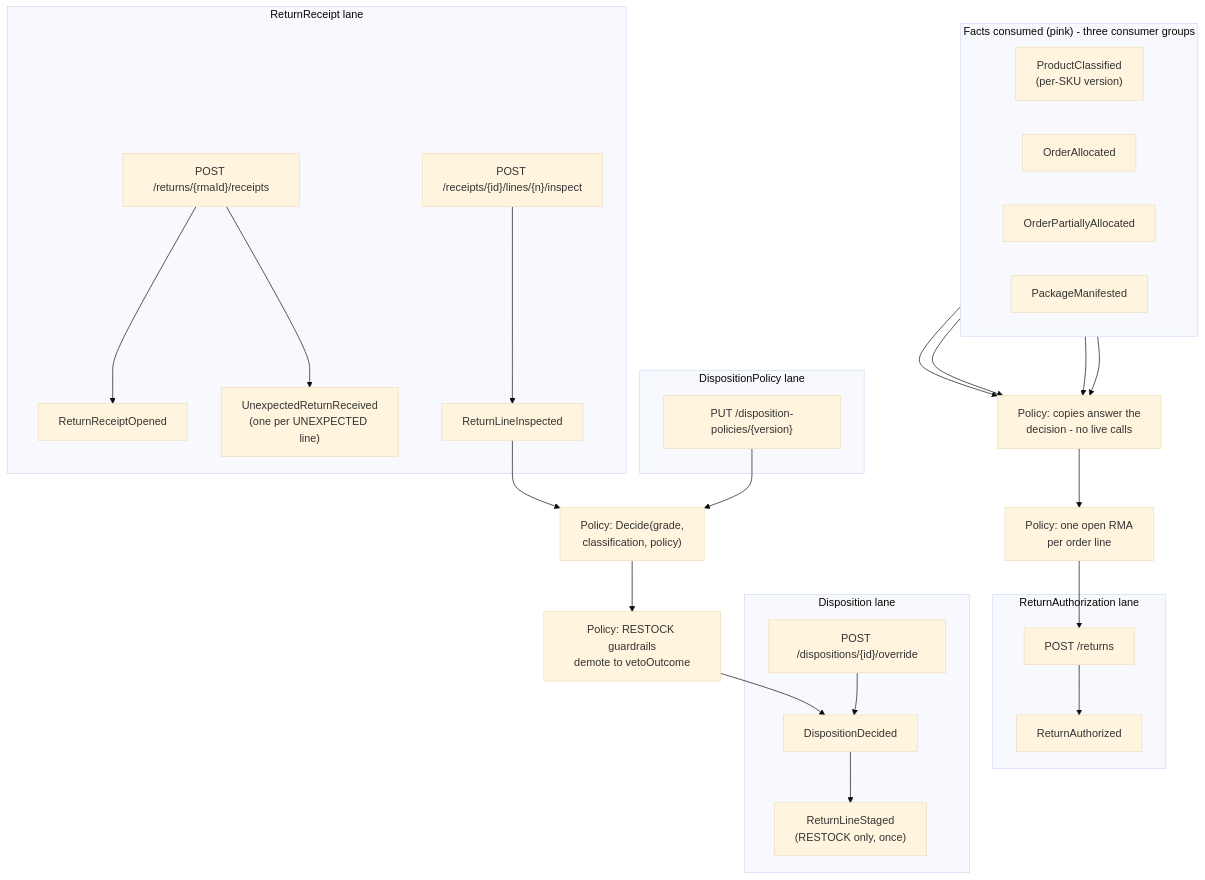
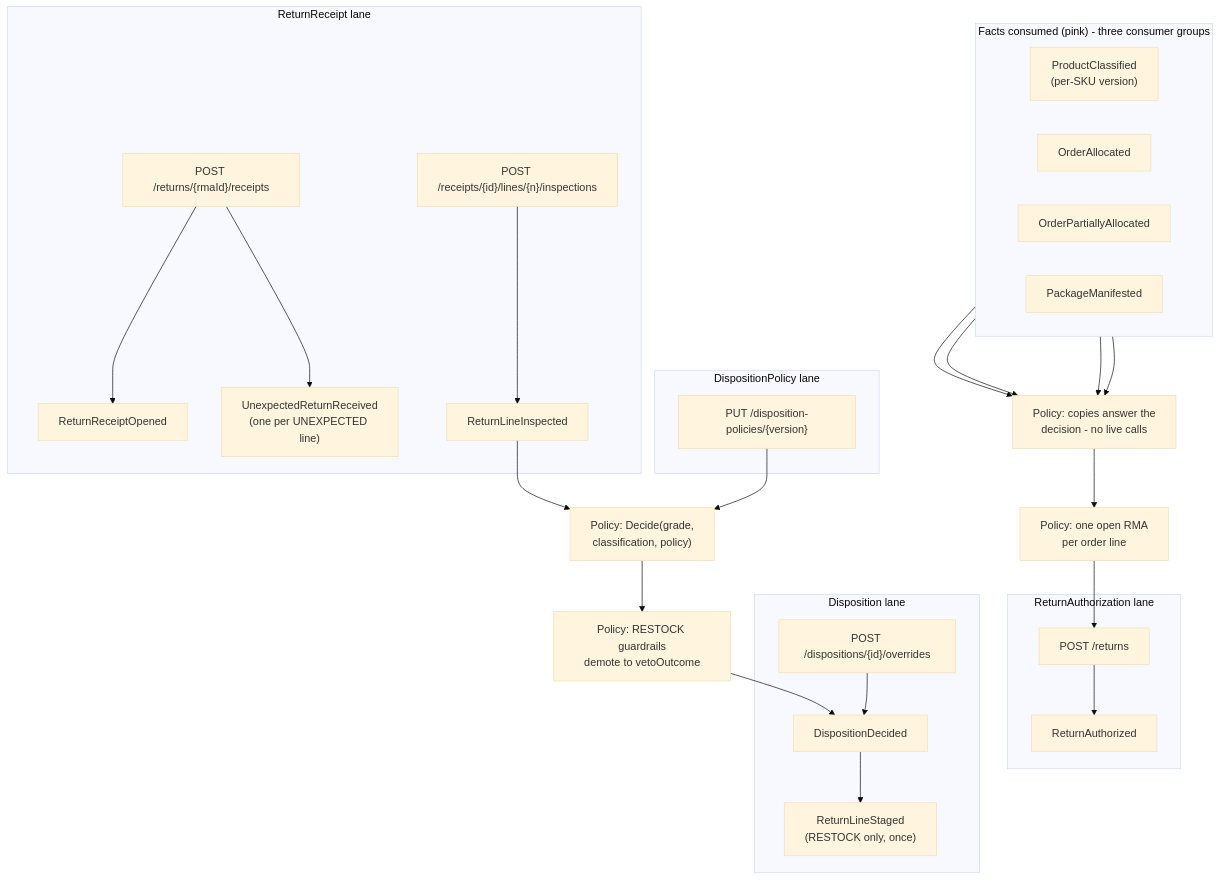
The diagram in docs/contexts/returns-processing/eventstorming.md (IQVO/warehouse-docs), drawn with Mermaid (base theme) before and after one commit. The commit also changed other lines of this file and 272 other files, not shown here.

````diff
--- a/docs/contexts/returns-processing/eventstorming.md
+++ b/docs/contexts/returns-processing/eventstorming.md
@@ -20,55 +20,55 @@
 ```mermaid
 flowchart TB
     subgraph SOURCES["Facts consumed (pink) - three consumer groups"]
         direction LR
         F1["ProductClassified<br/>(per-SKU version)"]
         F2["OrderAllocated"]
         F3["OrderPartiallyAllocated"]
         F4["PackageManifested"]
     end
 
     P1["Policy: copies answer the<br/>decision - no live calls"]
     P2["Policy: Decide(grade,<br/>classification, policy)"]
     P3["Policy: RESTOCK guardrails<br/>demote to vetoOutcome"]
     P4["Policy: one open RMA<br/>per order line"]
 
     subgraph RMALANE["ReturnAuthorization lane"]
         C1["POST /returns"]
         E1["ReturnAuthorized"]
     end
 
     subgraph RCPTLANE["ReturnReceipt lane"]
         C2["POST /returns/{rmaId}/receipts"]
         E2["ReturnReceiptOpened"]
         E3["UnexpectedReturnReceived<br/>(one per UNEXPECTED line)"]
-        C3["POST /receipts/{id}/lines/{n}/inspect"]
+        C3["POST /receipts/{id}/lines/{n}/inspections"]
         E4["ReturnLineInspected"]
     end
 
     subgraph DISPLANE["Disposition lane"]
         E5["DispositionDecided"]
         E6["ReturnLineStaged<br/>(RESTOCK only, once)"]
-        C4["POST /dispositions/{id}/override"]
+        C4["POST /dispositions/{id}/overrides"]
     end
 
     subgraph POLLANE["DispositionPolicy lane"]
         C5["PUT /disposition-policies/{version}"]
     end
 
     F1 --> P1
     F2 --> P1
     F3 --> P1
     F4 --> P1
     P1 --> P4
     P4 --> C1
     C1 --> E1
     C2 --> E2
     C2 --> E3
     C3 --> E4
     E4 --> P2
     P2 --> P3
     P3 --> E5
     E5 --> E6
     C4 --> E5
     C5 --> P2
 ```
````
